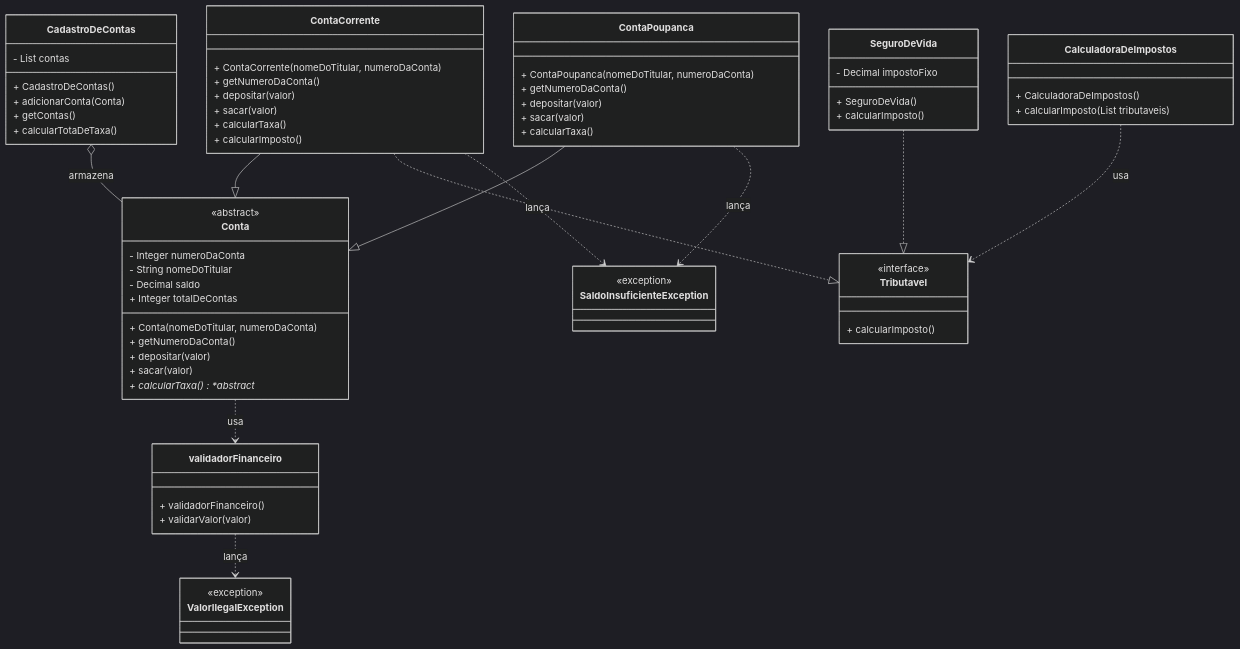
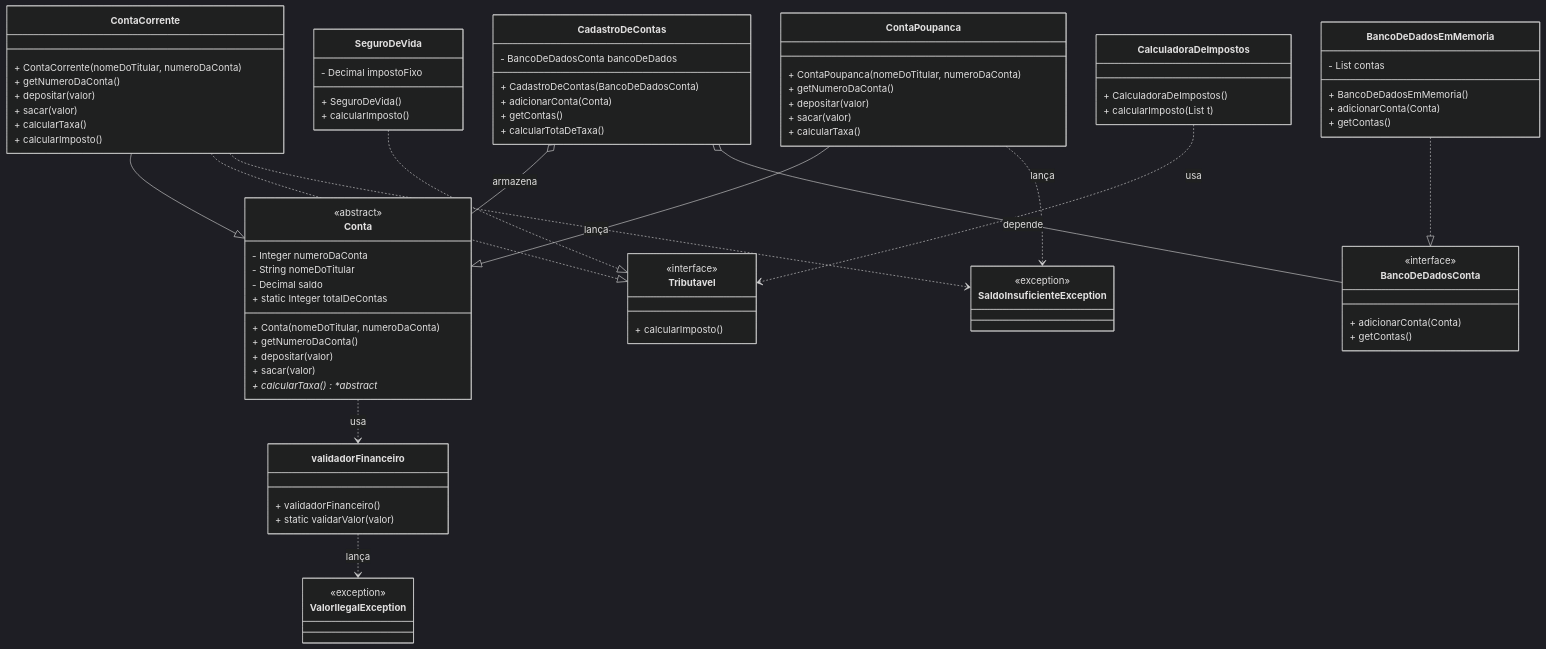
Before and after one commit to luigiceschim-taak/Treinamento-salesforce: the diagram in README.md, drawn with Mermaid (dark theme). The commit also changed other lines of this file and 6 other files, not shown here.

Commit message:
Modulo de ESTUDO - abstração de banco de dados, deixando a aplicação poder escalar com qualquer banco.

```diff
--- a/README.md
+++ b/README.md
@@ -41,7 +34,7 @@
 		- Integer numeroDaConta
 		- String nomeDoTitular
 		- Decimal saldo
-		+ Integer totalDeContas
+		+ static Integer totalDeContas
 		+ Conta(nomeDoTitular, numeroDaConta)
 		+ getNumeroDaConta()
 		+ depositar(valor)
@@ -74,18 +67,29 @@
 	}
 	class CalculadoraDeImpostos {
 		+ CalculadoraDeImpostos()
-		+ calcularImposto(List<Tributavel> tributaveis)
+		+ calcularImposto(List<Tributavel> t)
 	}
 	class CadastroDeContas {
-		- List<Conta> contas
-		+ CadastroDeContas()
+		- BancoDeDadosConta bancoDeDados
+		+ CadastroDeContas(BancoDeDadosConta)
 		+ adicionarConta(Conta)
 		+ getContas()
 		+ calcularTotaDeTaxa()
 	}
+	class BancoDeDadosConta {
+		<<interface>>
+		+ adicionarConta(Conta)
+		+ getContas()
+	}
+	class BancoDeDadosEmMemoria {
+		- List<Conta> contas
+		+ BancoDeDadosEmMemoria()
+		+ adicionarConta(Conta)
+		+ getContas()
+	}
 	class validadorFinanceiro {
 		+ validadorFinanceiro()
-		+ validarValor(valor)
+		+ static validarValor(valor)
 	}
 	class SaldoInsuficienteException {
 		<<exception>>
@@ -99,6 +103,8 @@
 	SeguroDeVida ..|> Tributavel
 	CalculadoraDeImpostos ..> Tributavel : usa
 	CadastroDeContas o-- Conta : armazena
+	CadastroDeContas o-- BancoDeDadosConta : depende
+	BancoDeDadosEmMemoria ..|> BancoDeDadosConta
 	Conta ..> validadorFinanceiro : usa
 	ContaCorrente ..> SaldoInsuficienteException : lança
 	ContaPoupanca ..> SaldoInsuficienteException : lança
```
